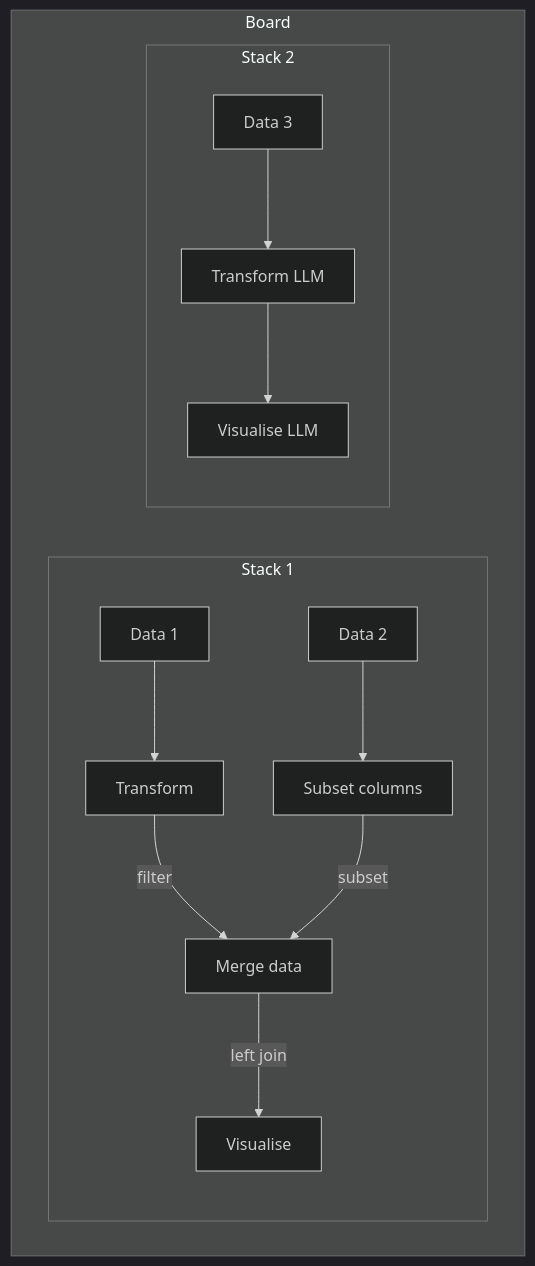
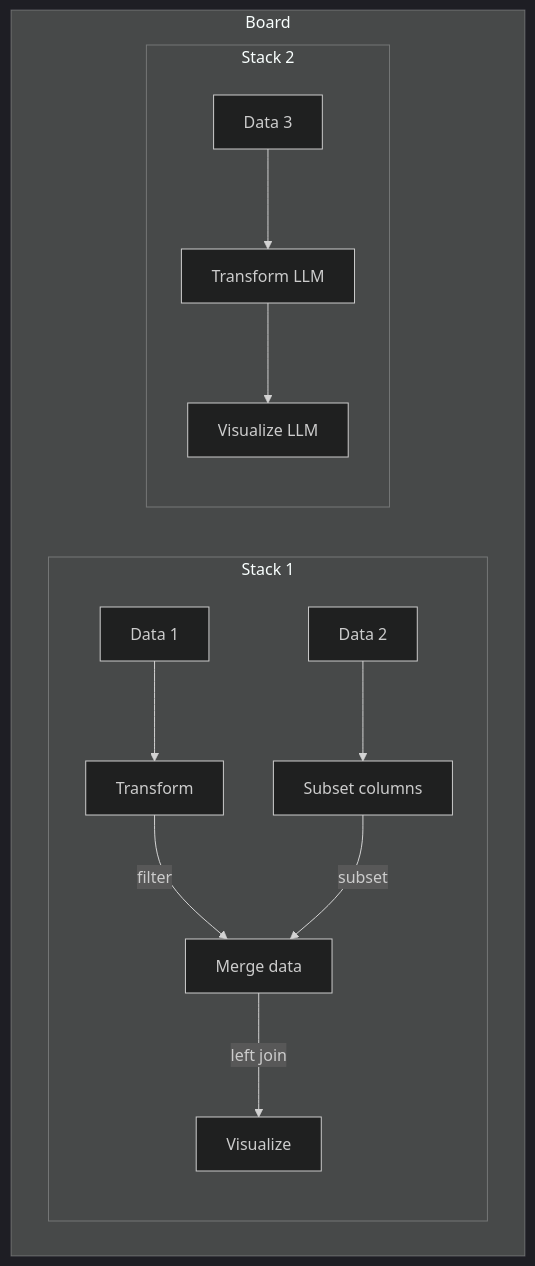
Before and after one commit to cynkra/blockr.core: the diagram in vignettes/get-started.qmd, drawn with Mermaid (dark theme). The commit also changed other lines of this file and 7 other files, not shown here.

````diff
--- a/vignettes/get-started.qmd
+++ b/vignettes/get-started.qmd
@@ -111,25 +111,25 @@
 ```{mermaid}
 flowchart TD
   subgraph board[Board]
 
     subgraph stack1[Stack 1]
       direction TB
       import[Data 1]
       transform[Transform]
-      visualise[Visualise]
+      visualize[Visualize]
       import2[Data 2]
       merge[Merge data]
       transform2[Subset columns]
-      import --> transform --> |filter| merge --> |left join| visualise
+      import --> transform --> |filter| merge --> |left join| visualize
       import2 --> transform2 --> |subset| merge
     end
 
     subgraph stack2[Stack 2]
       direction TB
       import3[Data 3]
       llm[Transform LLM]
-      visualise_llm[Visualise LLM]
+      visualise_llm[Visualize LLM]
       import3 --> llm --> visualise_llm
     end
   end
 ```
````
